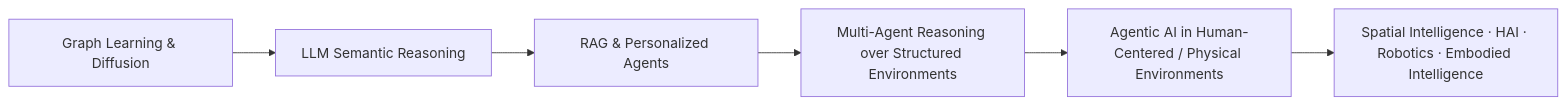
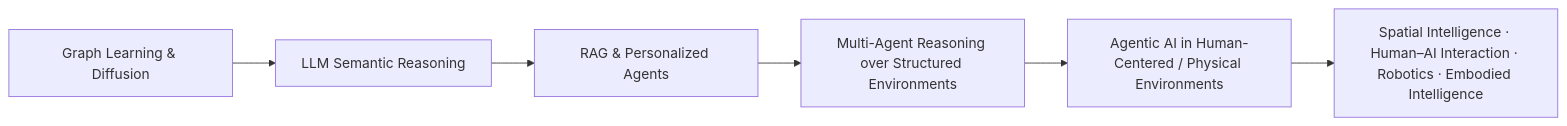
Before and after one commit to BoLiupro/boliupro.github.io: the second of 3 diagrams in README.md, drawn with Mermaid. The commit also changed other lines of this file and 6 other files, not shown here.

Commit message:
Add Human-AI Interaction to research vision

````diff
--- a/README.md
+++ b/README.md
@@ -102,8 +102,8 @@
 ```mermaid
 flowchart LR
     A[Graph Learning & Diffusion] --> B[LLM Semantic Reasoning]
     B --> C[RAG & Personalized Agents]
     C --> D[Multi-Agent Reasoning over Structured Environments]
     D --> E[Agentic AI in Human-Centered / Physical Environments]
-    E --> F[Spatial Intelligence · HAI · Robotics · Embodied Intelligence]
+    E --> F[Spatial Intelligence · Human–AI Interaction · Robotics · Embodied Intelligence]
 ```
````
